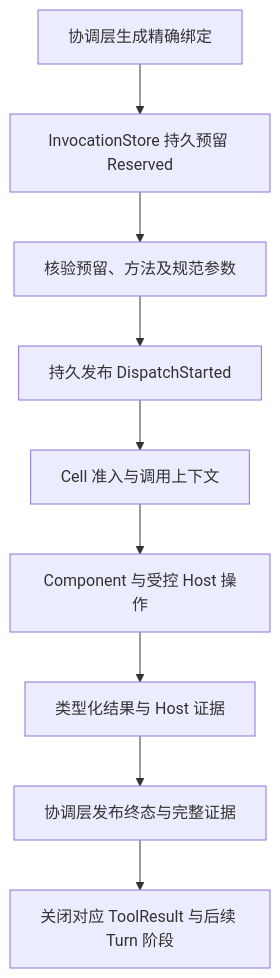
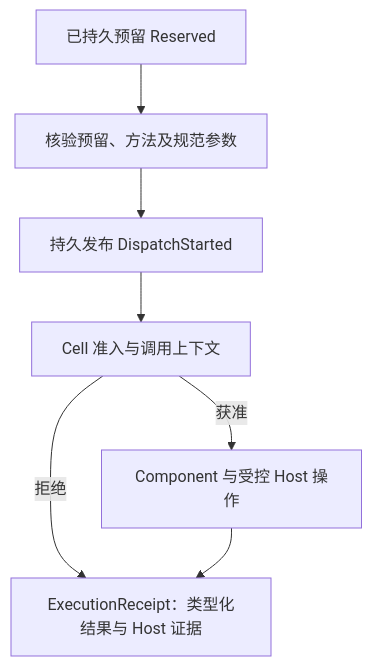
Before and after one commit to Skyline10124/lattice: the second of 2 diagrams in docs/architecture/lancet.md, drawn with Mermaid. The commit also changed other lines of this file and 7 other files, not shown here.

````diff
--- a/docs/architecture/lancet.md
+++ b/docs/architecture/lancet.md
@@ -127,11 +127,9 @@
 ```mermaid
 flowchart TD
-    B["协调层生成精确绑定"] --> R["InvocationStore 持久预留 Reserved"]
-    R --> V["核验预留、方法及规范参数"]
+    R["已持久预留 Reserved"] --> V["核验预留、方法及规范参数"]
     V --> D["持久发布 DispatchStarted"]
     D --> A["Cell 准入与调用上下文"]
-    A --> E["Component 与受控 Host 操作"]
-    E --> Q["类型化结果与 Host 证据"]
-    Q --> T["协调层发布终态与完整证据"]
-    T --> S["关闭对应 ToolResult 与后续 Turn 阶段"]
+    A -->|获准| E["Component 与受控 Host 操作"]
+    A -->|拒绝| Q["ExecutionReceipt：类型化结果与 Host 证据"]
+    E --> Q
 ```
````
